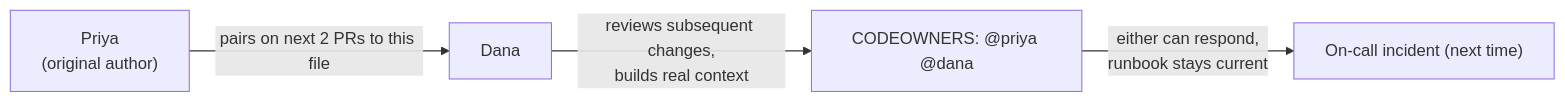
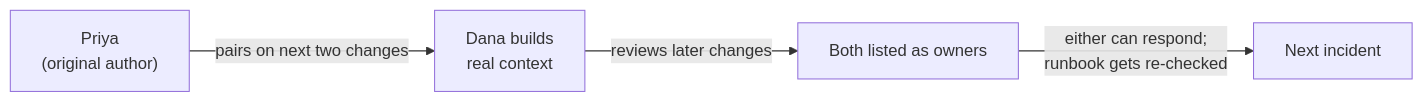
Before and after one commit to francoandreDev/knowledge: the second of 3 diagrams in src/content/git-teamwork/ownership/L3-deep-dive.mdx, drawn with Mermaid. The commit also changed other lines of this file and 3 other files, not shown here.

````diff
--- a/src/content/git-teamwork/ownership/L3-deep-dive.mdx
+++ b/src/content/git-teamwork/ownership/L3-deep-dive.mdx
@@ -162,6 +119,6 @@
 ```mermaid
 flowchart LR
-    P["Priya\n(original author)"] -->|pairs on next 2 PRs to this file| D["Dana"]
-    D -->|reviews subsequent changes,\nbuilds real context| CO["CODEOWNERS: @priya @dana"]
-    CO -->|either can respond,\nrunbook stays current| OC["On-call incident (next time)"]
+    P["Priya\n(original author)"] -->|"pairs on next two changes"| D["Dana builds\nreal context"]
+    D -->|"reviews later changes"| C["Both listed as owners"]
+    C -->|"either can respond;\nrunbook gets re-checked"| N["Next incident"]
 ```
````
